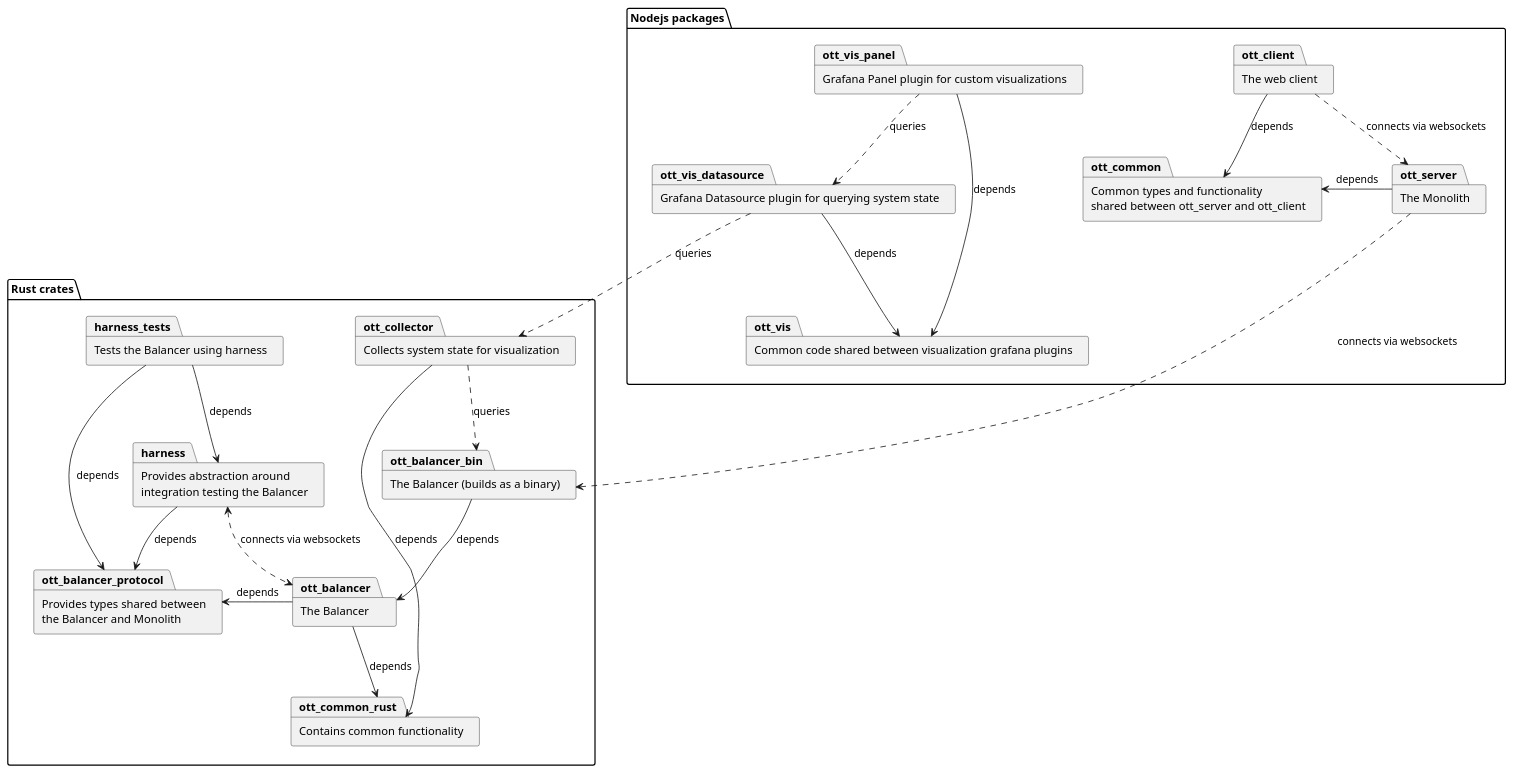
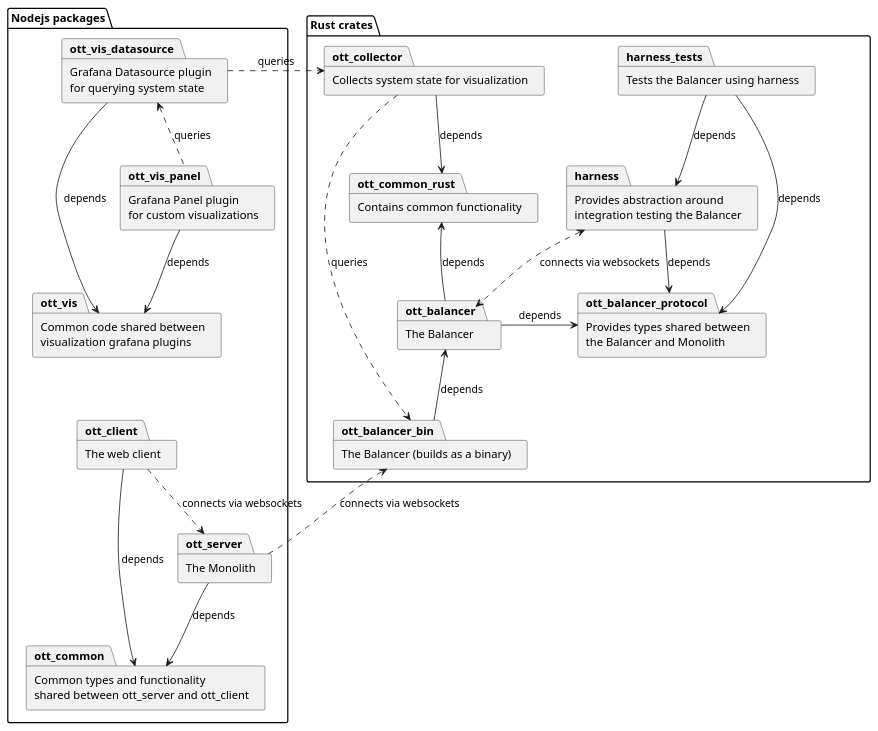
One commit to dyc3/senior-design changed the diagram in figures/full-package-diagram.puml. Above: the diagram before and after it, drawn with PlantUML. The commit also changed 1 other file, not shown here.

Commit message:
make full-package-diagram more readable (#415)
> [!CAUTION]
> DO NOT merge yourself, this will be auto merged upon approval

```diff
--- a/figures/full-package-diagram.puml
+++ b/figures/full-package-diagram.puml
@@ -1,80 +1,84 @@
 @startuml
 
 folder "Rust crates" {
   package ott_common_rust [
     Contains common functionality
   ]
   package ott_balancer_protocol [
     Provides types shared between
     the Balancer and Monolith
   ]
   package harness [
     Provides abstraction around
     integration testing the Balancer
   ]
   package ott_balancer [
     The Balancer
   ]
   package ott_balancer_bin [
     The Balancer (builds as a binary)
   ]
   package harness_tests [
     Tests the Balancer using harness
   ]
   package ott_collector [
     Collects system state for visualization
   ]
 }
 
 folder "Nodejs packages" {
 
   package ott_common [
     Common types and functionality
     shared between ott_server and ott_client
   ]
 
   package ott_server [
     The Monolith
   ]
 
   package ott_client [
     The web client
   ]
 
   package ott_vis [
-    Common code shared between visualization grafana plugins
+    Common code shared between
+    visualization grafana plugins
   ]
 
   package ott_vis_panel [
-    Grafana Panel plugin for custom visualizations
+    Grafana Panel plugin
+    for custom visualizations
   ]
 
   package ott_vis_datasource [
-    Grafana Datasource plugin for querying system state
+    Grafana Datasource plugin
+    for querying system state
   ]
 }
 
-ott_balancer --> ott_common_rust : depends
-ott_balancer -> ott_balancer_protocol : depends
+ott_balancer --u> ott_common_rust : depends
+ott_balancer -r> ott_balancer_protocol : depends
 harness --> ott_balancer_protocol : depends
 harness_tests --> harness : depends
 harness_tests -> ott_balancer_protocol : depends
 harness <..> ott_balancer : connects via websockets
-ott_server ...> ott_balancer_bin : connects via websockets
+ott_server ..[norank]> ott_balancer_bin : connects via websockets
 ott_client ..> ott_server : connects via websockets
-ott_balancer_bin --> ott_balancer : depends
+ott_balancer_bin --u> ott_balancer : depends
 
-ott_server -> ott_common : depends
-ott_client --> ott_common : depends
+ott_server --> ott_common : depends
+ott_client --u> ott_common : depends
 
 ott_vis_panel --> ott_vis : depends
-ott_vis_datasource --> ott_vis : depends
-ott_vis_panel ..> ott_vis_datasource : queries
-ott_vis_datasource ..> ott_collector : queries
+ott_vis_datasource --d> ott_vis : depends
+ott_vis_panel ..u> ott_vis_datasource : queries
+ott_vis_datasource ..[norank]> ott_collector : queries
 ott_collector ..> ott_balancer_bin : queries
 ott_collector --> ott_common_rust : depends
 
-"Nodejs packages" -[hidden]d- "Rust crates"
+' positioning hacks
+ott_vis -[hidden]d- ott_client
 
 
 @enduml
```
